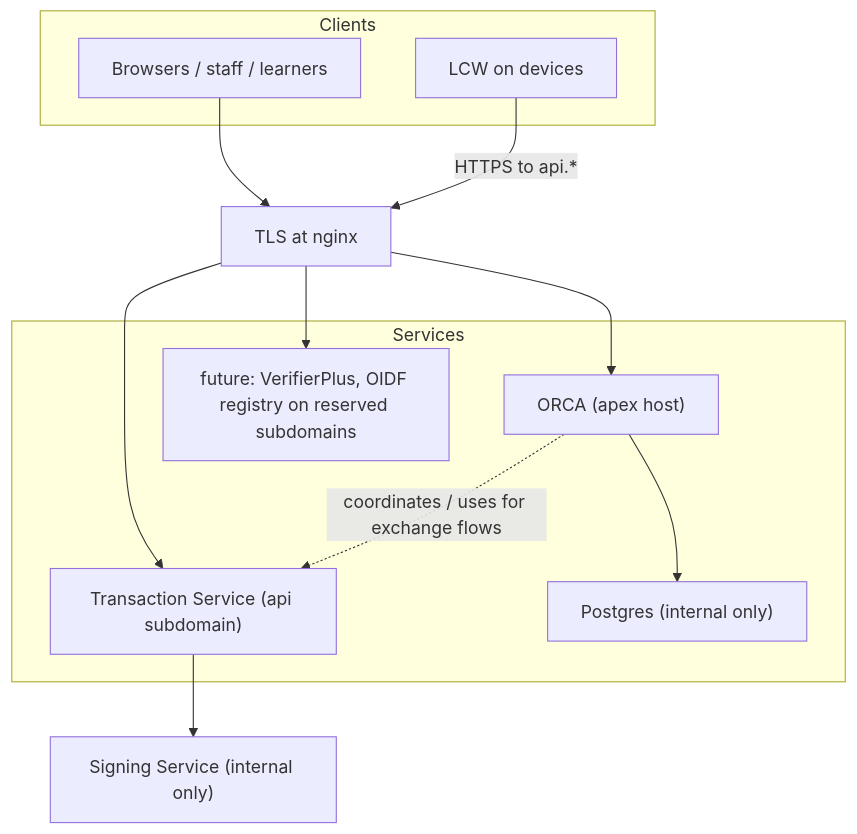
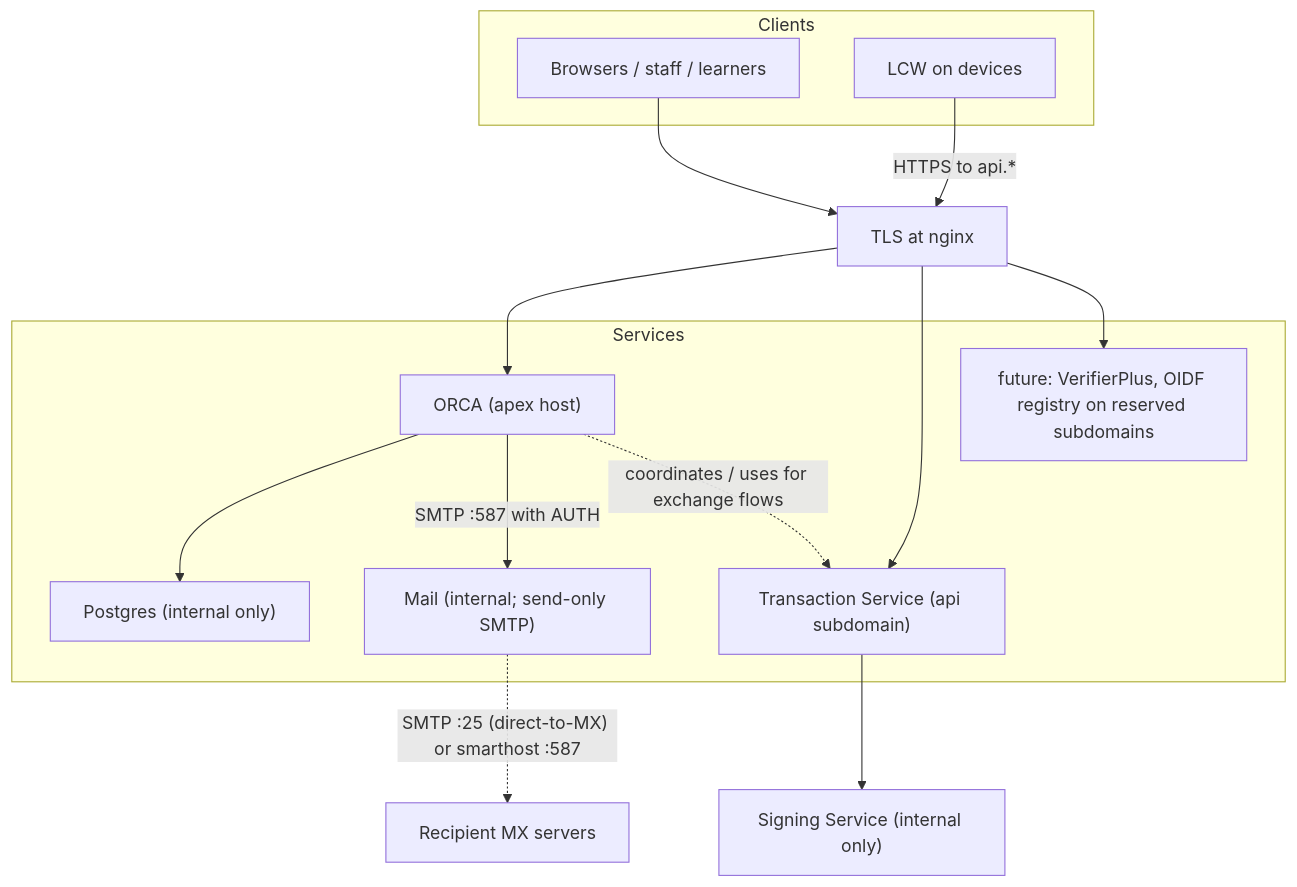
Before and after one commit to dynamicskillset/digital-badges-poc-tracking: the first of 2 diagrams in docs/architecture.md, drawn with Mermaid. The commit also changed other lines of this file and 8 other files, not shown here.

First line of the commit message:
Add self-hosted Postfix SMTP service for ORCA email on the PoC stack

````diff
--- a/docs/architecture.md
+++ b/docs/architecture.md
@@ -43,28 +51,32 @@
 ```{.mermaid format=png}
 flowchart TB
   subgraph Clients
     Browsers["Browsers / staff / learners"]
     LCW["LCW on devices"]
   end
 
   Browsers --> Nginx
   LCW -->|"HTTPS to api.*"| Nginx
   Nginx["TLS at nginx"]
 
   Nginx --> ORCA
   Nginx --> TxService
   Nginx --> Future
 
   subgraph Services
     ORCA["ORCA (apex host)"]
     TxService["Transaction Service (api subdomain)"]
     Future["future: VerifierPlus, OIDF registry on reserved subdomains"]
     Postgres["Postgres (internal only)"]
+    Mail["Mail (internal; send-only SMTP)"]
   end
 
   TxService --> Signing
   ORCA --> Postgres
+  ORCA -->|"SMTP :587 with AUTH"| Mail
   ORCA -.->|"coordinates / uses for exchange flows"| TxService
 
   Signing["Signing Service (internal only)"]
+  Internet["Recipient MX servers"]
+  Mail -.->|"SMTP :25 (direct-to-MX) or smarthost :587"| Internet
 ```
````
